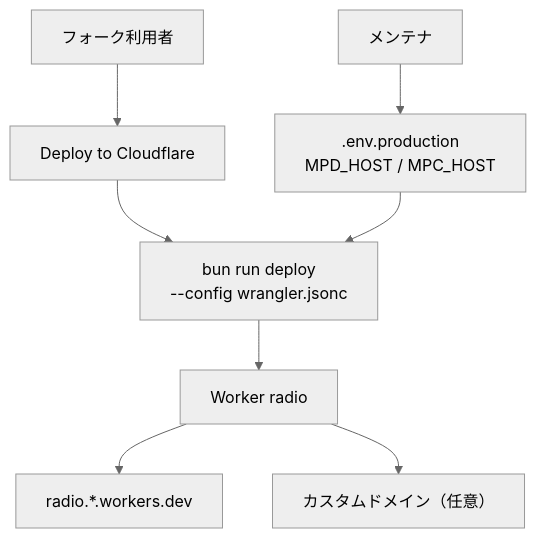
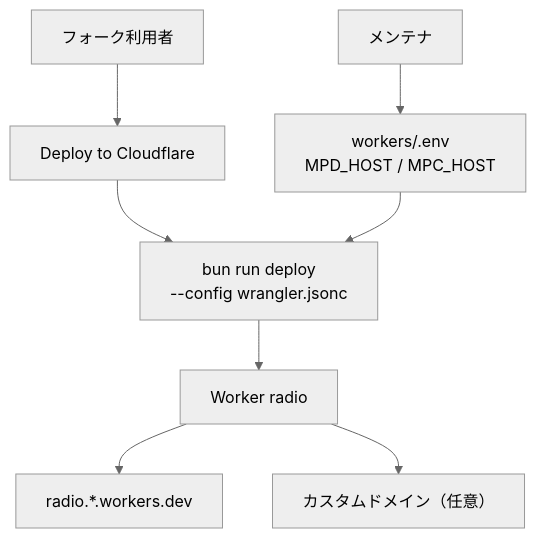
The third of 8 diagrams in docs/diagrams.md (budybye/radio), drawn with Mermaid (neutral theme) before and after one commit. The commit also changed other lines of this file and 20 other files, not shown here.

First line of the commit message:
refactor(env): consolidate to root .env + workers/.env only

````diff
--- a/docs/diagrams.md
+++ b/docs/diagrams.md
@@ -84,19 +84,19 @@
 ```mermaid
 flowchart TD
   Fork["フォーク利用者"]
   Maintainer["メンテナ"]
   Btn["Deploy to Cloudflare"]
   Deploy["bun run deploy<br/>--config wrangler.jsonc"]
-  EnvProd[".env.production<br/>MPD_HOST / MPC_HOST"]
+  EnvProd["workers/.env<br/>MPD_HOST / MPC_HOST"]
   Worker["Worker radio"]
   WorkersDev["radio.*.workers.dev"]
   Custom["カスタムドメイン（任意）"]
 
   Fork --> Btn
   Btn --> Deploy
   Maintainer --> EnvProd
   EnvProd --> Deploy
   Deploy --> Worker
   Worker --> WorkersDev
   Worker --> Custom
 ```
````
